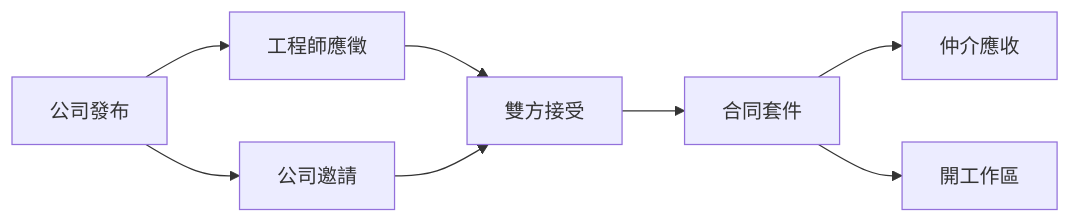
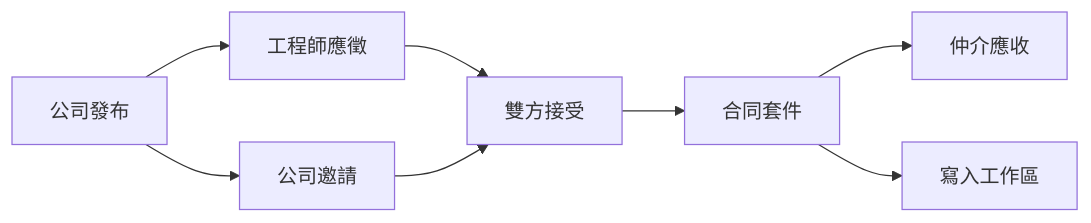
The diagram in docs/product/marketplace.md (sjvann/AI_Project_Console), drawn with Mermaid before and after one commit. The commit also changed other lines of this file and 28 other files, not shown here.

````diff
--- a/docs/product/marketplace.md
+++ b/docs/product/marketplace.md
@@ -54,17 +53,17 @@
 ```mermaid
 flowchart LR
   Publish[公司發布]
   Apply[工程師應徵]
   Invite[公司邀請]
   Agree[雙方接受]
   Contract[合同套件]
   Fee[仲介應收]
-  Workspace[開工作區]
+  Workspace[寫入工作區]
   Publish --> Apply
   Publish --> Invite
   Apply --> Agree
   Invite --> Agree
   Agree --> Contract
   Contract --> Fee
   Contract --> Workspace
 ```
````
